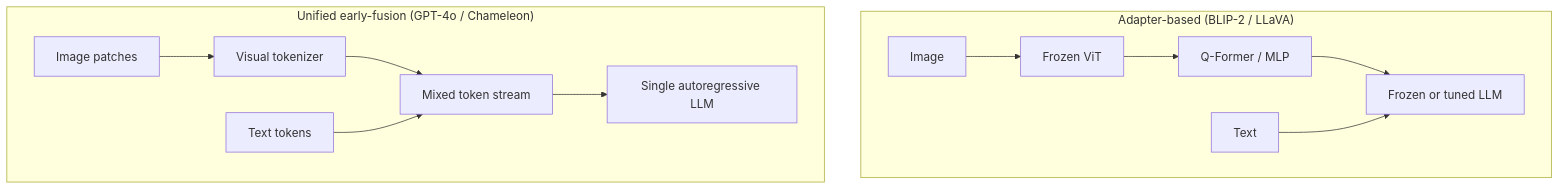
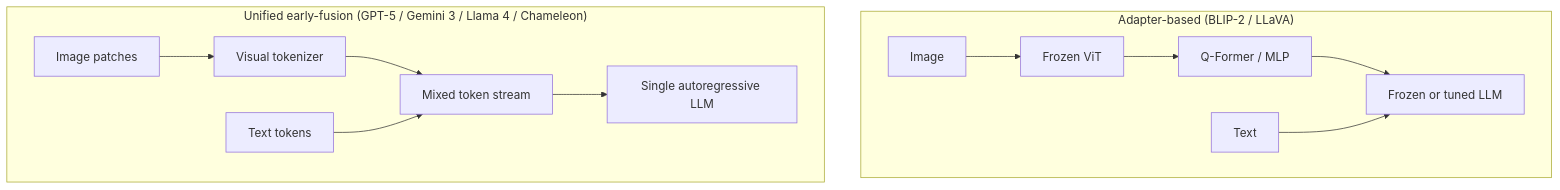
The third of 4 diagrams in content/part-9-ai-ml-system-design/13-multimodal-ai-systems.md (Guo-astro/engineering-handbook), drawn with Mermaid before and after one commit. The commit also changed other lines of this file and 31 other files, not shown here.

````diff
--- a/content/part-9-ai-ml-system-design/13-multimodal-ai-systems.md
+++ b/content/part-9-ai-ml-system-design/13-multimodal-ai-systems.md
@@ -143,15 +143,15 @@
 ```mermaid
 flowchart TD
     subgraph Adapter["Adapter-based (BLIP-2 / LLaVA)"]
         I1[Image] --> VE1[Frozen ViT]
         VE1 --> QF[Q-Former / MLP]
         QF --> LLM1[Frozen or tuned LLM]
         T1[Text] --> LLM1
     end
-    subgraph Unified["Unified early-fusion (GPT-4o / Chameleon)"]
+    subgraph Unified["Unified early-fusion (GPT-5 / Gemini 3 / Llama 4 / Chameleon)"]
         I2[Image patches] --> TOK[Visual tokenizer]
         TOK --> SEQ[Mixed token stream]
         T2[Text tokens] --> SEQ
         SEQ --> LLM2[Single autoregressive LLM]
     end
 ```
````
